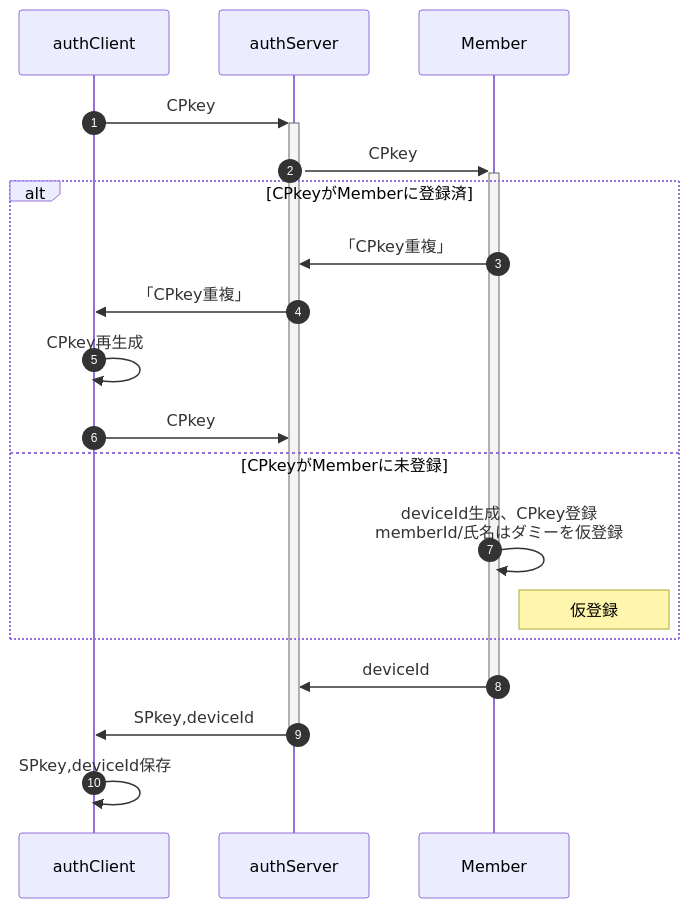
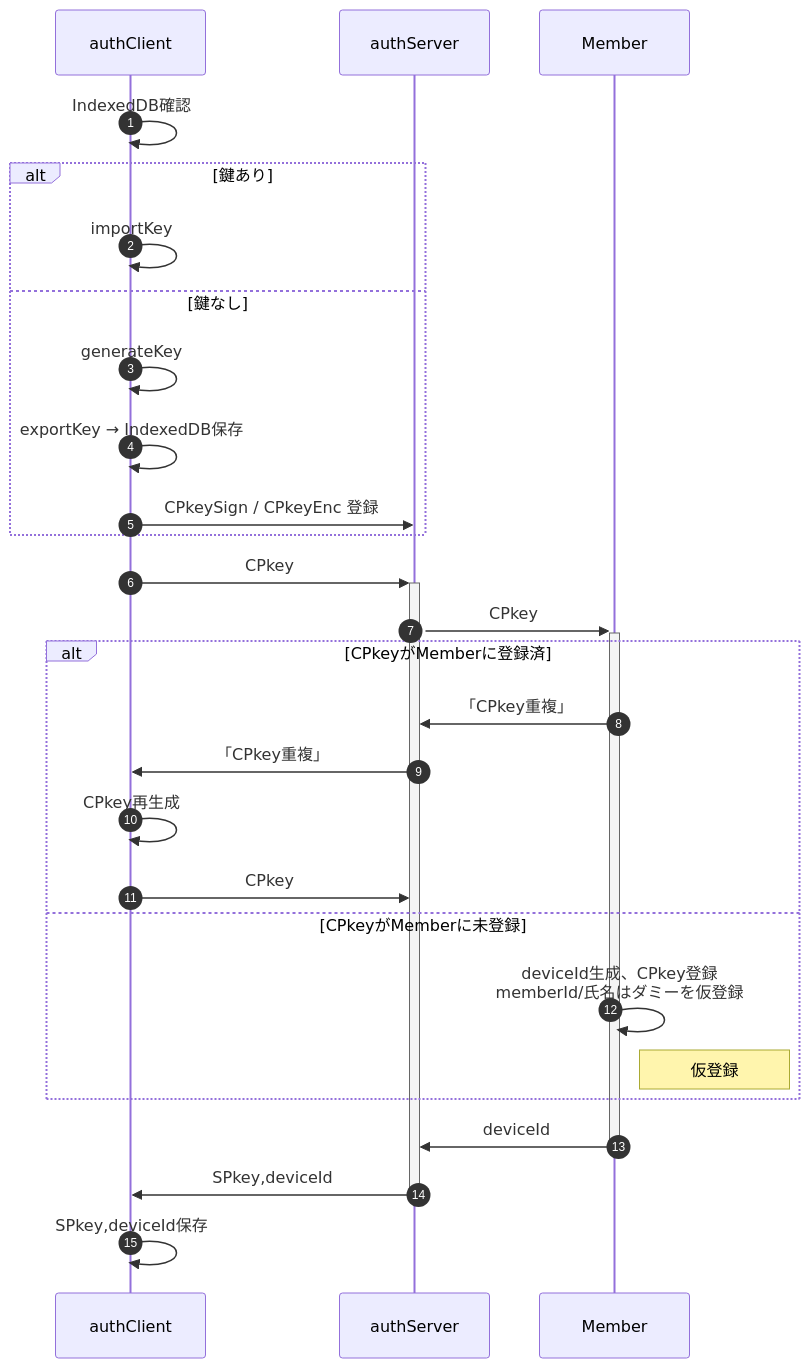
Before and after one commit to nakaone/library: the fourth of 10 diagrams in underDev/Auth/src/doc/specification.md, drawn with Mermaid. The commit also changed 2 other files, not shown here.

Commit message:
authIndexedDB定義、get/setIndexedDBをCryptoKey対応

````diff
--- a/underDev/Auth/src/doc/specification.md
+++ b/underDev/Auth/src/doc/specification.md
@@ -325,36 +325,45 @@
 ```mermaid
 sequenceDiagram
   autonumber
   %%actor user
   %%participant localFunc
   %%participant clientMail
   %%participant IndexedDB
   %%participant cryptoClient
   participant authClient
   participant authServer
   %%participant cryptoServer
   participant Member
   %%participant serverFunc
   %%actor admin
+
+  authClient->>authClient: IndexedDB確認
+  alt 鍵あり
+    authClient->>authClient: importKey
+  else 鍵なし
+    authClient->>authClient: generateKey
+    authClient->>authClient: exportKey → IndexedDB保存
+    authClient->>authServer: CPkeySign / CPkeyEnc 登録
+  end
 
   authClient->>+authServer: CPkey
   authServer->>+Member: CPkey
 
   alt CPkeyがMemberに登録済
 
     Member->>authServer: 「CPkey重複」
     authServer->>authClient: 「CPkey重複」
     authClient->>authClient: CPkey再生成
     authClient->>authServer: CPkey
 
   else CPkeyがMemberに未登録
 
     Member->>Member: deviceId生成、CPkey登録<br>memberId/氏名はダミーを仮登録
     Note right of Member: 仮登録
 
   end
 
   Member->>-authServer: deviceId
   authServer->>-authClient: SPkey,deviceId
   authClient->>authClient: SPkey,deviceId保存
 ```
````
